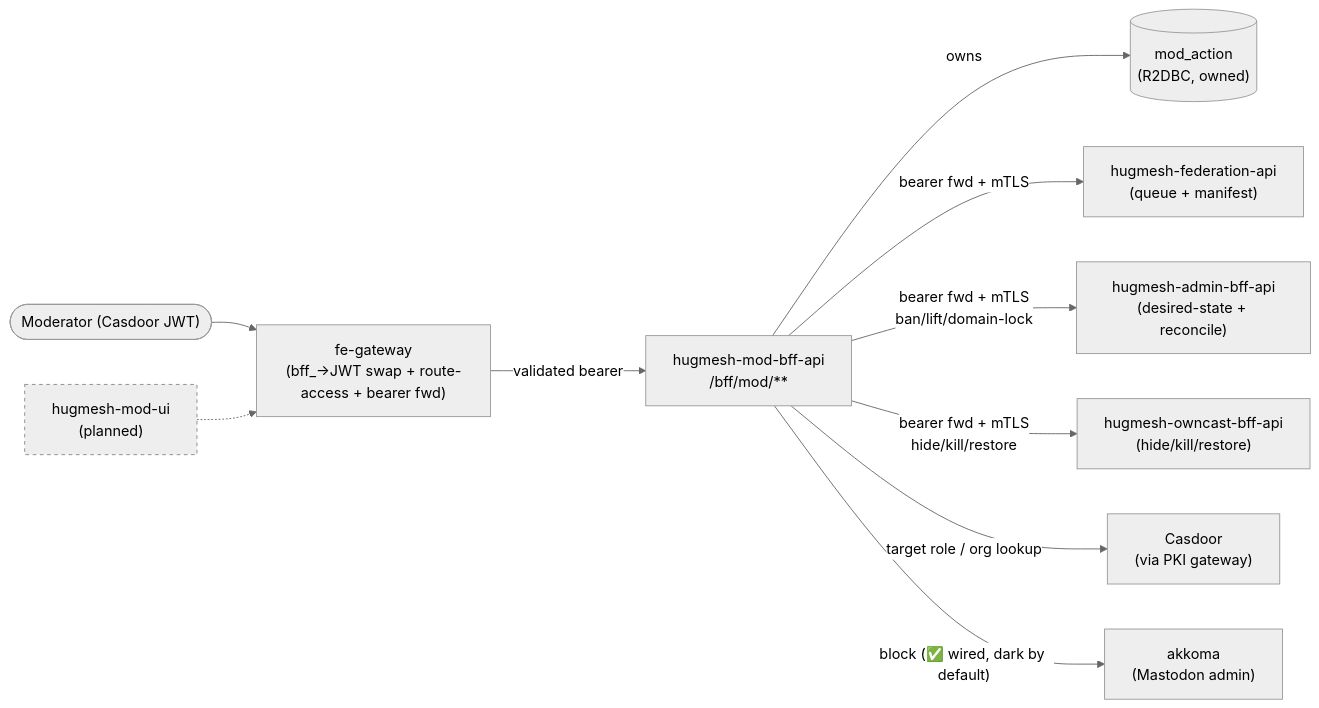
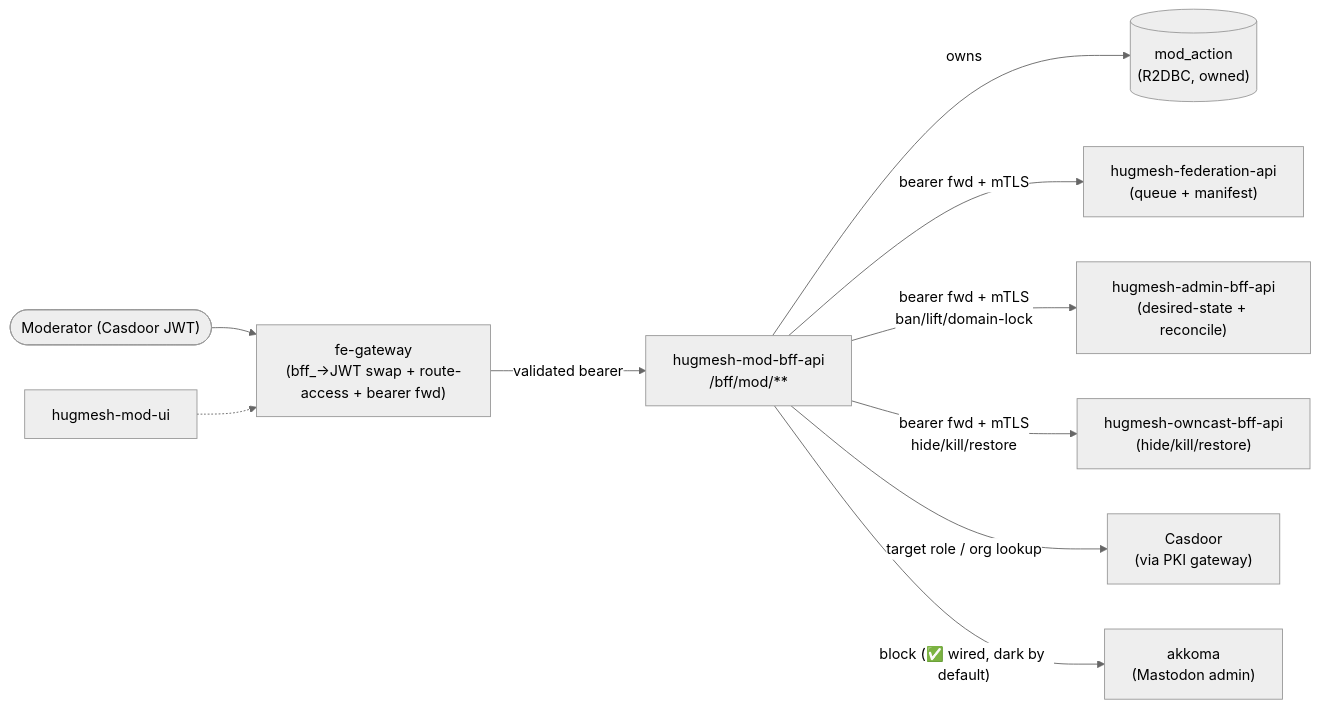
Before and after one commit to hugmesh/hugmesh-mod-bff-api: the first of 4 diagrams in README.md, drawn with Mermaid (neutral theme). The commit also changed other lines of this file, not shown here.

First line of the commit message:
docs(readme): hugmesh-mod-ui exists; drop the planned and built-later wording

````diff
--- a/README.md
+++ b/README.md
@@ -66,26 +66,23 @@
 ```mermaid
 flowchart LR
     mod(["Moderator (Casdoor JWT)"])
-    ui["hugmesh-mod-ui<br/>(planned)"]
+    ui["hugmesh-mod-ui"]
     gw["fe-gateway<br/>(bff_→JWT swap + route-access + bearer fwd)"]
     bff["hugmesh-mod-bff-api<br/>/bff/mod/**"]
     audit[("mod_action<br/>(R2DBC, owned)")]
     fed["hugmesh-federation-api<br/>(queue + manifest)"]
     admin["hugmesh-admin-bff-api<br/>(desired-state + reconcile)"]
     owncast["hugmesh-owncast-bff-api<br/>(hide/kill/restore)"]
     casdoor["Casdoor<br/>(via PKI gateway)"]
     akkoma["akkoma<br/>(Mastodon admin)"]
 
     mod --> gw
     ui -.-> gw
     gw -->|"validated bearer"| bff
     bff -->|"owns"| audit
     bff -->|"bearer fwd + mTLS"| fed
     bff -->|"bearer fwd + mTLS<br/>ban/lift/domain-lock"| admin
     bff -->|"bearer fwd + mTLS<br/>hide/kill/restore"| owncast
     bff -->|"target role / org lookup"| casdoor
     bff -->|"block (✅ wired, dark by default)"| akkoma
-
-    classDef planned stroke-dasharray:4,stroke:#888;
-    class ui planned;
 ```
````
